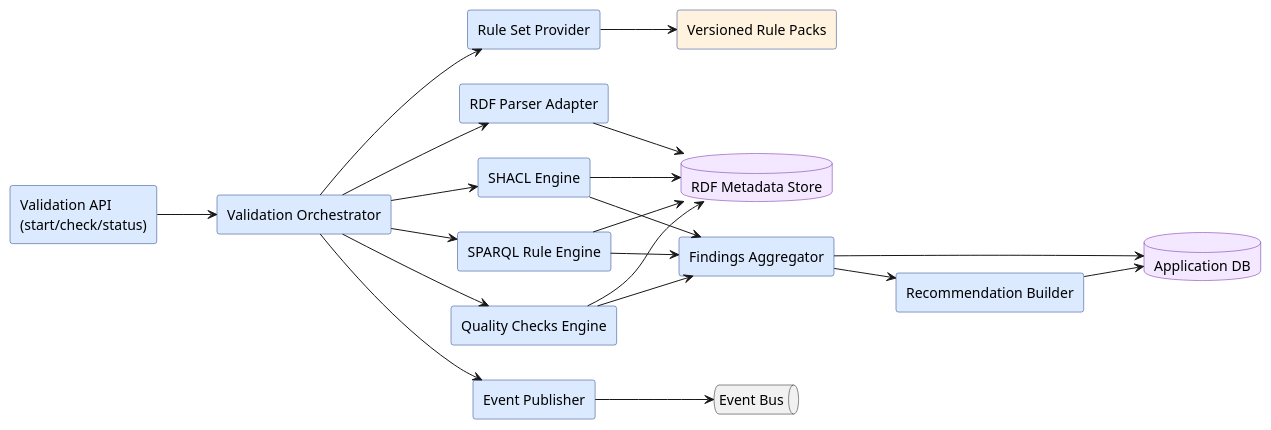
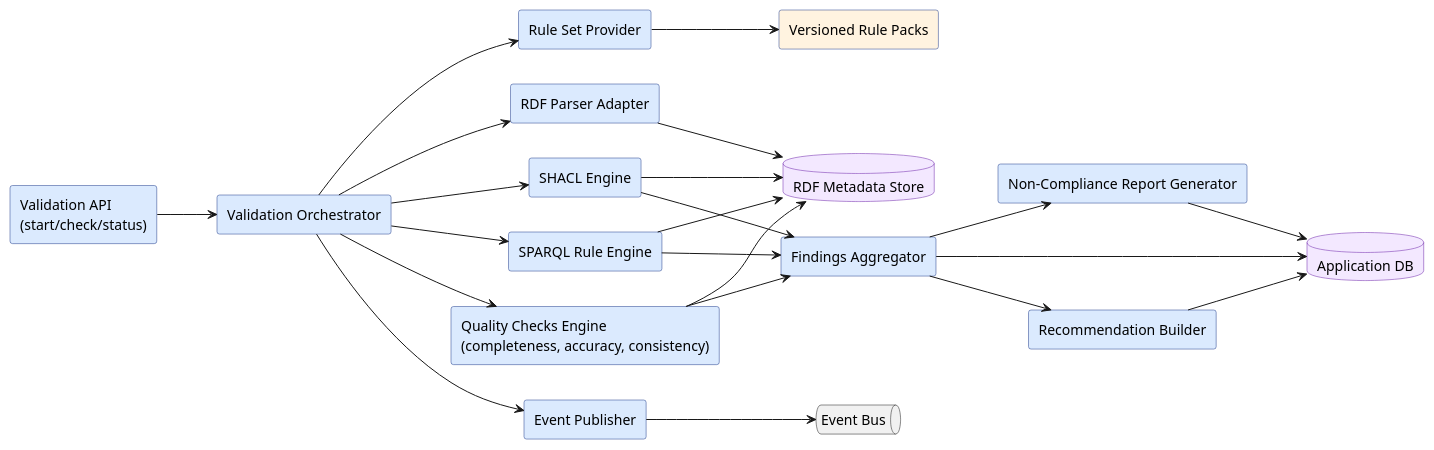
One commit to UM-KGPI/Napcore-ITS-Reporting changed the diagram in docs/architecture/puml/validation-components.puml. Above: the diagram before and after it, drawn with PlantUML. The commit also changed 11 other files, not shown here.

Commit message:
Refine architecture diagrams against contract requirements

```diff
--- a/docs/architecture/puml/validation-components.puml
+++ b/docs/architecture/puml/validation-components.puml
@@ -1,53 +1,56 @@
 @startuml
 ' Validation Service Components (Level 3/4)
 skinparam shadowing false
 skinparam componentStyle rectangle
 left to right direction
 
 skinparam component {
   BackgroundColor #dbeafe
   BorderColor #1e3a8a
 }
 skinparam database {
   BackgroundColor #f3e8ff
   BorderColor #6b21a8
 }
 
 component "Validation API\n(start/check/status)" as API
 component "Validation Orchestrator" as ORCH
 component "Rule Set Provider" as RULES
 component "RDF Parser Adapter" as PARSER
 component "SHACL Engine" as SHACL
 component "SPARQL Rule Engine" as SPARQL
-component "Quality Checks Engine" as QCHECK
+component "Quality Checks Engine\n(completeness, accuracy, consistency)" as QCHECK
+component "Non-Compliance Report Generator" as NCREP
 component "Findings Aggregator" as AGG
 component "Recommendation Builder" as RECO
 component "Event Publisher" as PUB
 
 database "RDF Metadata Store" as META
 database "Application DB" as APPDB
 queue "Event Bus" as BUS
 component "Versioned Rule Packs" as PACKS #fff3e0
 
 API --> ORCH
 ORCH --> RULES
 ORCH --> PARSER
 ORCH --> SHACL
 ORCH --> SPARQL
 ORCH --> QCHECK
 
 RULES --> PACKS
 PARSER --> META
 SHACL --> META
 SPARQL --> META
 QCHECK --> META
 
 SHACL --> AGG
 SPARQL --> AGG
 QCHECK --> AGG
+AGG --> NCREP
 AGG --> RECO
+NCREP --> APPDB
 AGG --> APPDB
 RECO --> APPDB
 ORCH --> PUB
 PUB --> BUS
 @enduml
```
